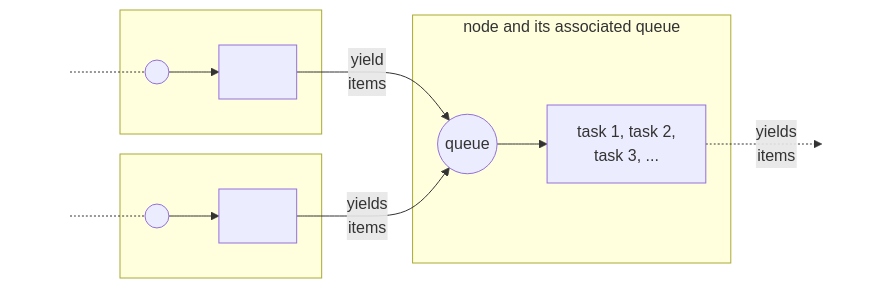
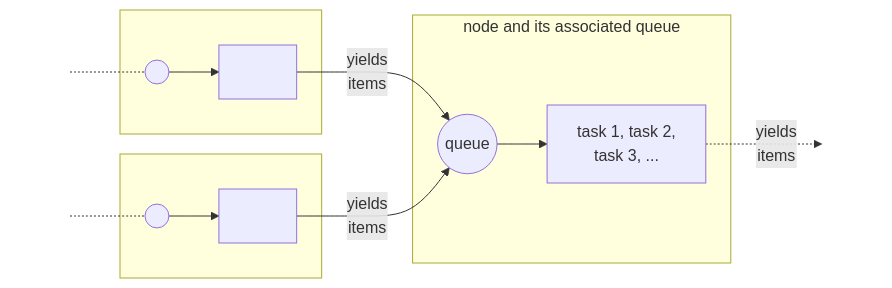
Before and after one commit to civisanalytics/async-graph-data-flow: the third of 5 diagrams in docs/technical.rst, drawn with Mermaid. The commit also changed 2 other files, not shown here.

Commit message:
DOC update example for custom queue combining data

```diff
--- a/docs/technical.rst
+++ b/docs/technical.rst
@@ -67,24 +67,24 @@
 .. mermaid::
 
     flowchart LR
 
     start1[ ] -.- queue1(("&nbsp;&nbsp;"))
     subgraph box1 [ ]
         queue1 --> node1["&nbsp;&nbsp;&nbsp;&nbsp;"]
     end
     style start1 fill-opacity:0, stroke-opacity:0;
 
     start2[ ] -.- queue2(("&nbsp;&nbsp;"))
     subgraph box2 [ ]
         queue2 --> node2["&nbsp;&nbsp;&nbsp;&nbsp;"]
     end
     style start2 fill-opacity:0, stroke-opacity:0;
 
     subgraph node and its associated queue
         queue3((queue)) --> node3[task 1, task 2,<br/>task 3, ...]
     end
 
-    node1 --> |yield<br/>items| queue3
+    node1 --> |yields<br/>items| queue3
     node2 --> |yields<br/>items| queue3
     node3 -.-> |yields<br/>items| STOP[ ]
     style STOP  fill-opacity:0, stroke-opacity:0;
```
